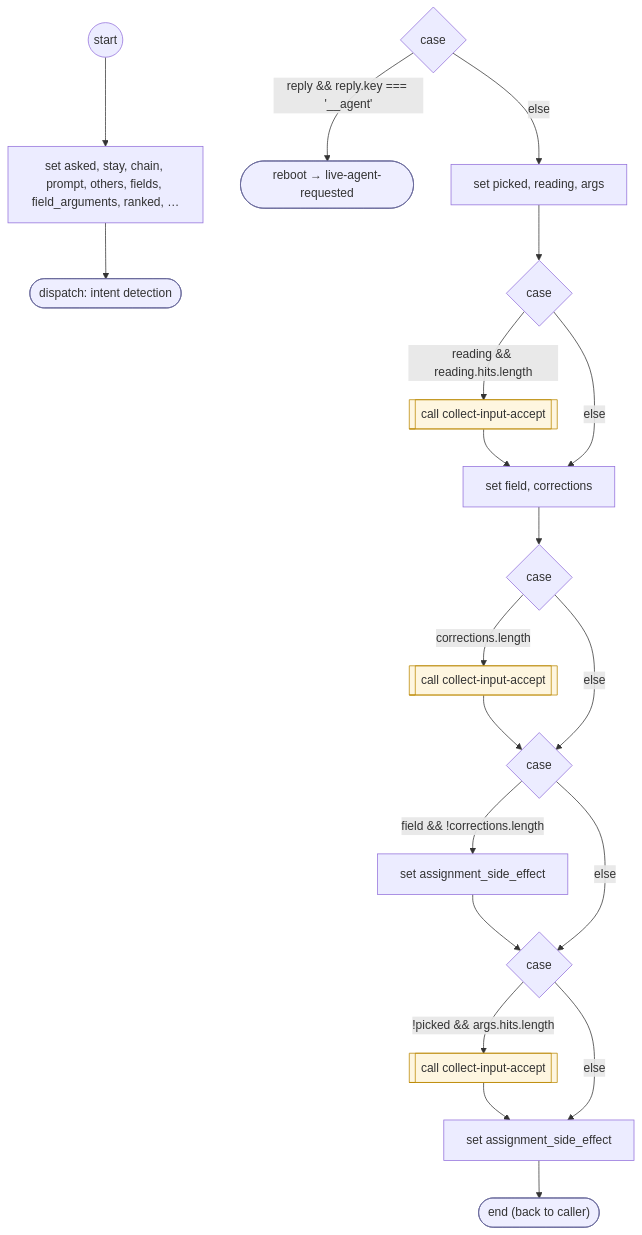
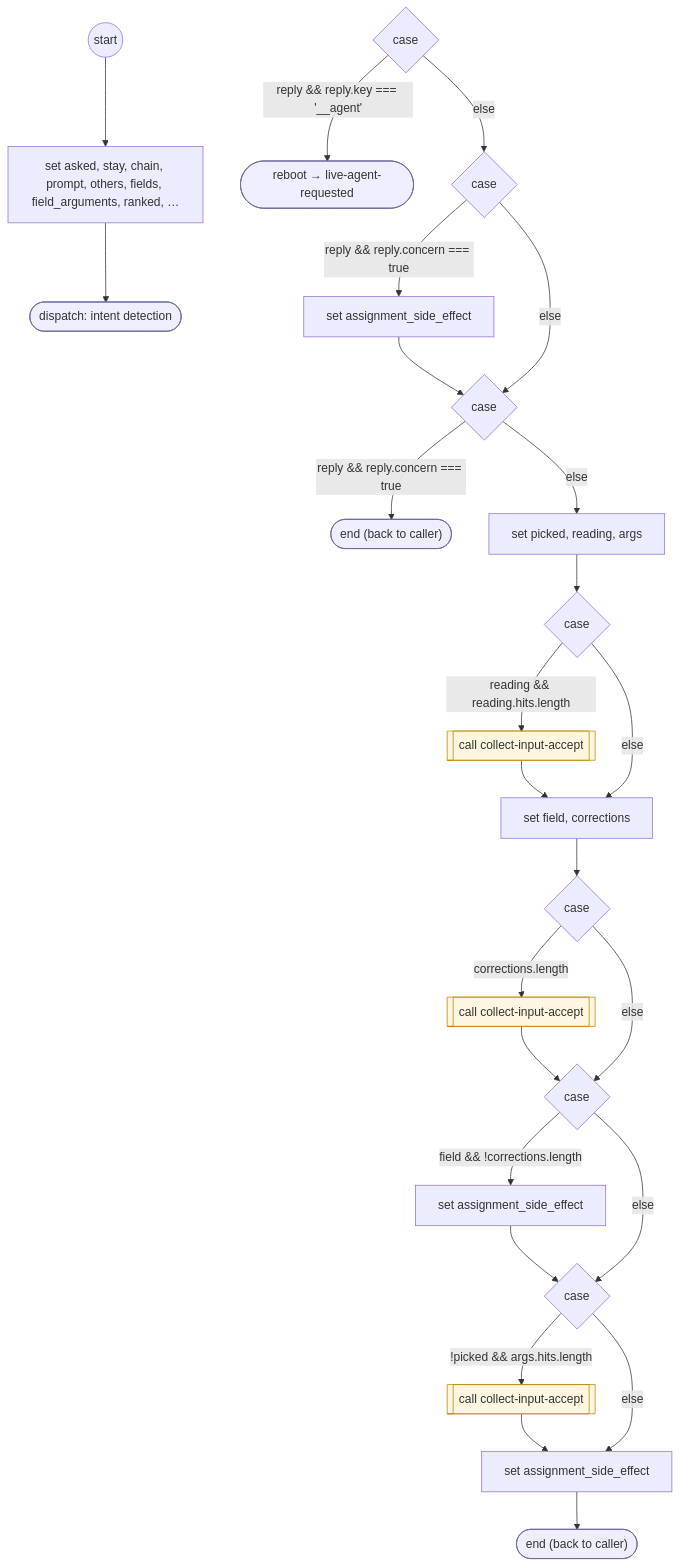
One commit to ronpinkas/jsfe changed the diagram in docs/flows/system/read-confirm-reply.md. Above: the diagram before and after it, drawn with Mermaid. The commit also changed 5 other files, not shown here.

First line of the commit message:
jsfe docs/flows: regenerated for the prod reference copy (1b5eb9f), which landed without its flow docs (global-exit, the readers' CONCERN, contact-support's exit context).

````diff
--- a/docs/flows/system/read-confirm-reply.md
+++ b/docs/flows/system/read-confirm-reply.md
@@ -23,49 +23,59 @@
 ```mermaid
 flowchart TD
    START(("start"))
    n0["set asked, stay, chain, prompt, others, fields, field_arguments, ranked, …"]
    START --> n0
    n1(["dispatch: intent detection"])
    class n1 endstep
    n0 --> n1
    c2{"case"}
    b3(["reboot → live-agent-requested"])
    class b3 endstep
    c2 -- "reply && reply.key === '__agent'" --> b3
-   n4["set picked, reading, args"]
-   c2 -- "else" --> n4
-   c5{"case"}
-   n4 --> c5
-   b6[["call collect-input-accept"]]
-   class b6 flowstep
-   c5 -- "reading && reading.hits.length" --> b6
-   n7["set field, corrections"]
-   b6 --> n7
-   c5 -- "else" --> n7
-   c8{"case"}
-   n7 --> c8
-   b9[["call collect-input-accept"]]
-   class b9 flowstep
-   c8 -- "corrections.length" --> b9
-   c10{"case"}
-   b9 --> c10
-   c8 -- "else" --> c10
-   b11["set assignment_side_effect"]
-   c10 -- "field && !corrections.length" --> b11
+   c4{"case"}
+   c2 -- "else" --> c4
+   b5["set assignment_side_effect"]
+   c4 -- "reply && reply.concern === true" --> b5
+   c6{"case"}
+   b5 --> c6
+   c4 -- "else" --> c6
+   b7(["end (back to caller)"])
+   class b7 endstep
+   c6 -- "reply && reply.concern === true" --> b7
+   n8["set picked, reading, args"]
+   c6 -- "else" --> n8
+   c9{"case"}
+   n8 --> c9
+   b10[["call collect-input-accept"]]
+   class b10 flowstep
+   c9 -- "reading && reading.hits.length" --> b10
+   n11["set field, corrections"]
+   b10 --> n11
+   c9 -- "else" --> n11
    c12{"case"}
-   b11 --> c12
-   c10 -- "else" --> c12
+   n11 --> c12
    b13[["call collect-input-accept"]]
    class b13 flowstep
-   c12 -- "!picked && args.hits.length" --> b13
-   n14["set assignment_side_effect"]
-   b13 --> n14
-   c12 -- "else" --> n14
+   c12 -- "corrections.length" --> b13
+   c14{"case"}
+   b13 --> c14
+   c12 -- "else" --> c14
+   b15["set assignment_side_effect"]
+   c14 -- "field && !corrections.length" --> b15
+   c16{"case"}
+   b15 --> c16
+   c14 -- "else" --> c16
+   b17[["call collect-input-accept"]]
+   class b17 flowstep
+   c16 -- "!picked && args.hits.length" --> b17
+   n18["set assignment_side_effect"]
+   b17 --> n18
+   c16 -- "else" --> n18
    DONE(["end (back to caller)"])
    class DONE endstep
-   n14 --> DONE
+   n18 --> DONE
    classDef endstep fill:#eef,stroke:#669
    classDef toolstep fill:#efe,stroke:#696
    classDef flowstep fill:#fef6e0,stroke:#b80
    classDef inputstep fill:#f3eefc,stroke:#75a
 ```
````
